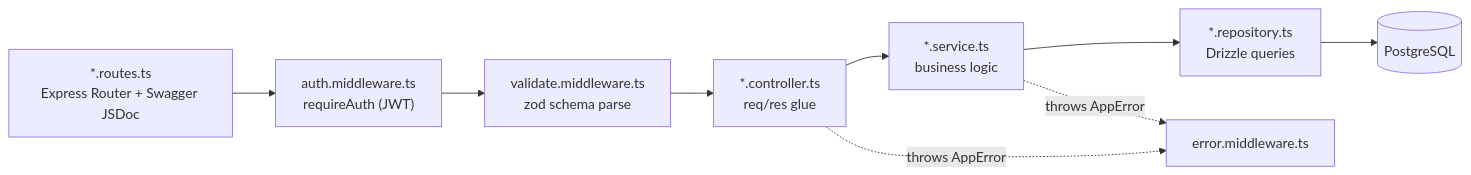
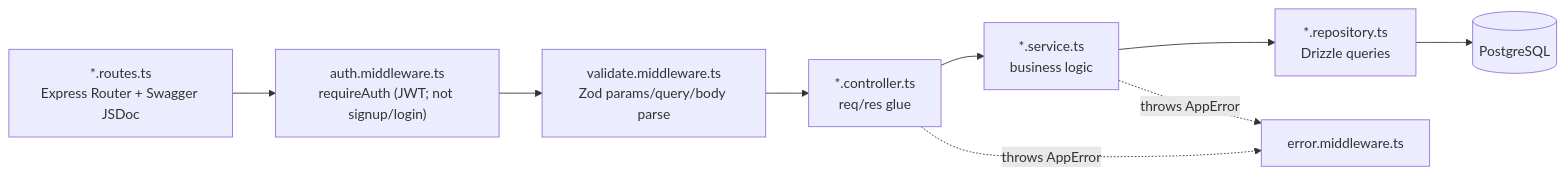
The second of 11 diagrams in docs/ARCHITECTURE.md (Ash786Sharma/Robot_Studio), drawn with Mermaid before and after one commit. The commit also changed other lines of this file and 26 other files, not shown here.

````diff
--- a/docs/ARCHITECTURE.md
+++ b/docs/ARCHITECTURE.md
@@ -56,15 +58,15 @@
 ```mermaid
 flowchart LR
-    ROUTE["*.routes.ts\nExpress Router + Swagger JSDoc"]
-    VALIDATE["validate.middleware.ts\nzod schema parse"]
-    AUTH["auth.middleware.ts\nrequireAuth (JWT)"]
+  ROUTE["*.routes.ts\nExpress Router + Swagger JSDoc"]
+  AUTH["auth.middleware.ts\nrequireAuth (JWT; not signup/login)"]
+  VALIDATE["validate.middleware.ts\nZod params/query/body parse"]
     CTRL["*.controller.ts\nreq/res glue"]
     SVC["*.service.ts\nbusiness logic"]
     REPO["*.repository.ts\nDrizzle queries"]
     DB[("PostgreSQL")]
     ERR["error.middleware.ts"]
 
     ROUTE --> AUTH --> VALIDATE --> CTRL --> SVC --> REPO --> DB
     CTRL -. "throws AppError" .-> ERR
     SVC -. "throws AppError" .-> ERR
 ```
````
